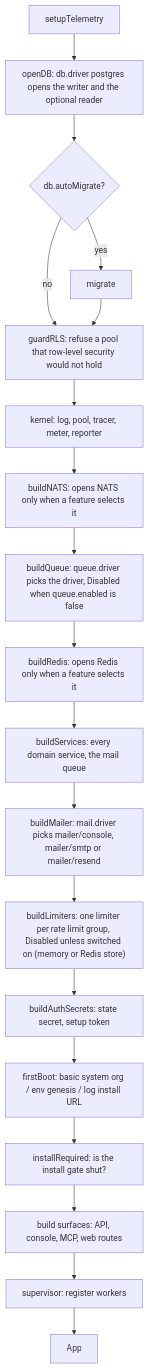
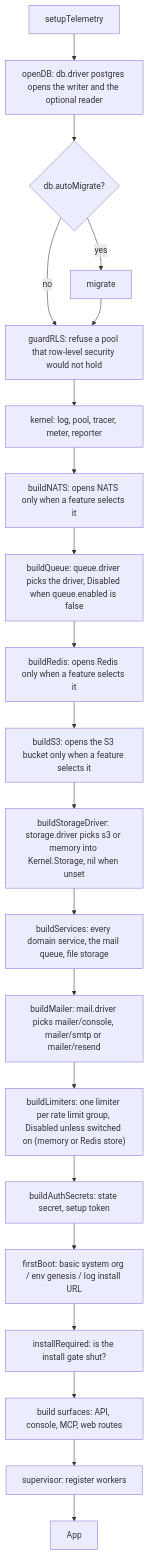
One commit to altalune-id/othra changed the first of 3 diagrams in internal/boot/README.md. Above: the diagram before and after it, drawn with Mermaid. The commit also changed other lines of this file and 68 other files, not shown here.

````diff
--- a/internal/boot/README.md
+++ b/internal/boot/README.md
@@ -14,21 +14,23 @@
 ```mermaid
 flowchart TD
     A[setupTelemetry] --> B["openDB: db.driver postgres opens the writer and the optional reader"]
     B --> C{db.autoMigrate?}
     C -- yes --> D[migrate]
     C -- no --> RG
     D --> RG["guardRLS: refuse a pool that row-level security would not hold"]
     RG --> E[kernel: log, pool, tracer, meter, reporter]
     E --> NA["buildNATS: opens NATS only when a feature selects it"]
     NA --> Q["buildQueue: queue.driver picks the driver, Disabled when queue.enabled is false"]
     Q --> RD["buildRedis: opens Redis only when a feature selects it"]
-    RD --> F[buildServices: every domain service, the mail queue]
+    RD --> S3["buildS3: opens the S3 bucket only when a feature selects it"]
+    S3 --> ST["buildStorageDriver: storage.driver picks s3 or memory into Kernel.Storage, nil when unset"]
+    ST --> F[buildServices: every domain service, the mail queue, file storage]
     F --> M[buildMailer: mail.driver picks mailer/console, mailer/smtp or mailer/resend]
     M --> R["buildLimiters: one limiter per rate limit group, Disabled unless switched on (memory or Redis store)"]
     R --> G[buildAuthSecrets: state secret, setup token]
     G --> H[firstBoot: basic system org / env genesis / log install URL]
     H --> I[installRequired: is the install gate shut?]
     I --> J[build surfaces: API, console, MCP, web routes]
     J --> K[supervisor: register workers]
     K --> L[App]
 ```
````
